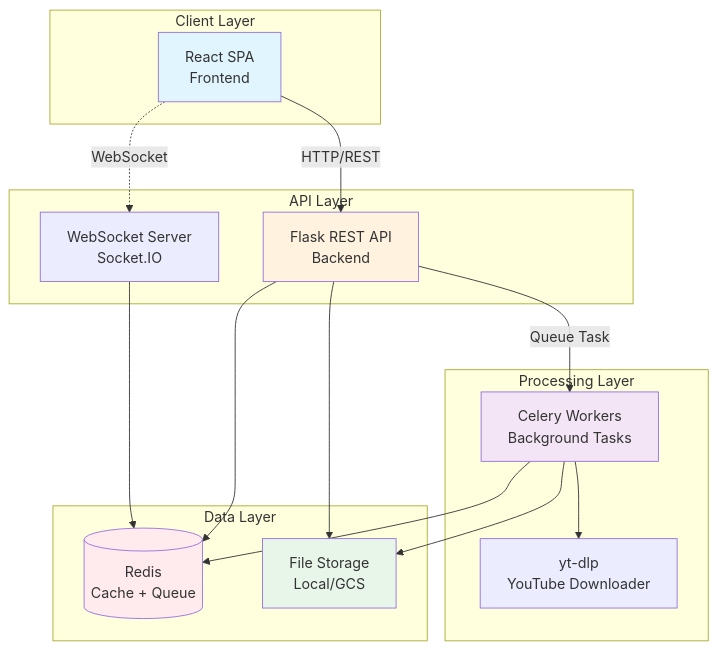
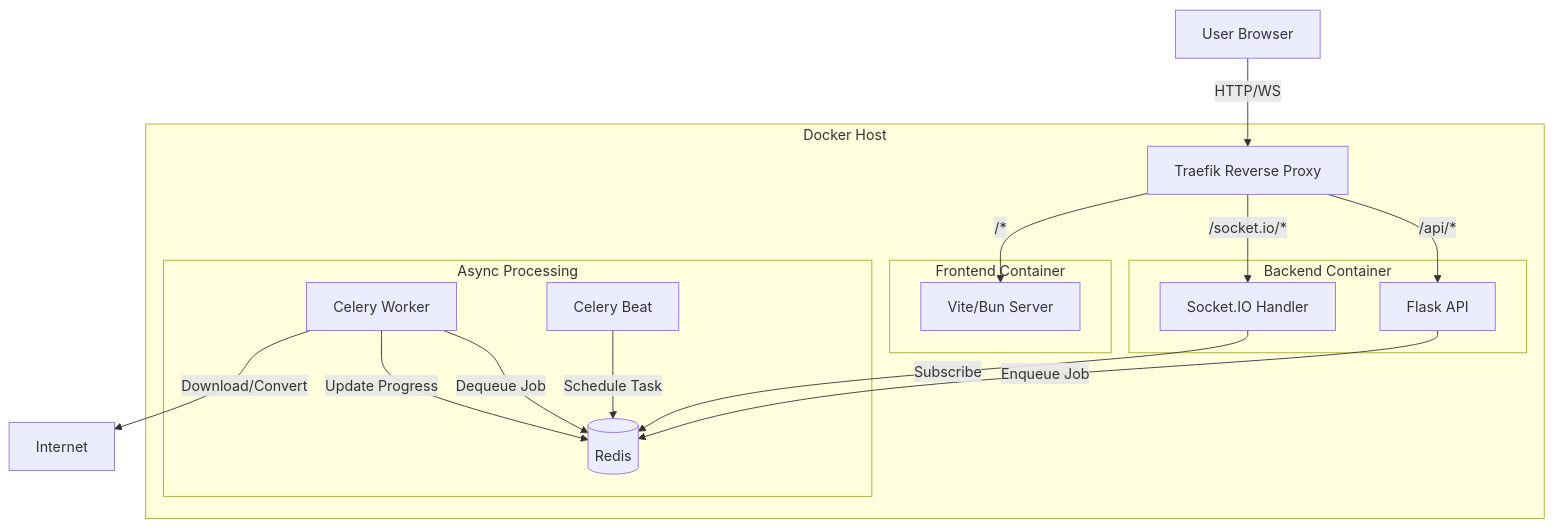
One commit to henriquebonfim/ultra-dl changed the diagram in ARCHITECTURE.md. Above: the diagram before and after it, drawn with Mermaid. The commit also changed other lines of this file and 363 other files, not shown here.

````diff
--- a/ARCHITECTURE.md
+++ b/ARCHITECTURE.md
@@ -9,37 +7,37 @@
 ```mermaid
-graph TB
-    subgraph "Client Layer"
-        UI[React SPA<br/>Frontend]
+graph TD
+    Client[User Browser]
+
+    subgraph "Docker Host"
+        Traefik[Traefik Reverse Proxy]
+
+        subgraph "Frontend Container"
+            ViteServer[Vite/Bun Server]
+        end
+
+        subgraph "Backend Container"
+            Flask[Flask API]
+            SocketIO[Socket.IO Handler]
+        end
+
+        subgraph "Async Processing"
+            Redis[(Redis)]
+            CeleryWorker[Celery Worker]
+            CeleryBeat[Celery Beat]
+        end
     end
 
-    subgraph "API Layer"
-        API[Flask REST API<br/>Backend]
-        WS[WebSocket Server<br/>Socket.IO]
-    end
+    Client -- HTTP/WS --> Traefik
+    Traefik -- /api/* --> Flask
+    Traefik -- /socket.io/* --> SocketIO
+    Traefik -- /* --> ViteServer
 
-    subgraph "Processing Layer"
-        CELERY[Celery Workers<br/>Background Tasks]
-        YTDLP[yt-dlp<br/>YouTube Downloader]
-    end
+    Flask -- Enqueue Job --> Redis
+    SocketIO -- Subscribe --> Redis
 
-    subgraph "Data Layer"
-        REDIS[(Redis<br/>Cache + Queue)]
-        FS[File Storage<br/>Local/GCS]
-    end
+    CeleryWorker -- Dequeue Job --> Redis
+    CeleryWorker -- Update Progress --> Redis
+    CeleryWorker -- Download/Convert --> Internet[Internet]
 
-    UI -->|HTTP/REST| API
-    UI -.->|WebSocket| WS
-    API --> REDIS
-    API --> FS
-    API -->|Queue Task| CELERY
-    CELERY --> REDIS
-    CELERY --> YTDLP
-    CELERY --> FS
-    WS --> REDIS
-
-    style UI fill:#e1f5ff
-    style API fill:#fff3e0
-    style CELERY fill:#f3e5f5
-    style REDIS fill:#ffebee
-    style FS fill:#e8f5e9
+    CeleryBeat -- Schedule Task --> Redis
 ```
````
